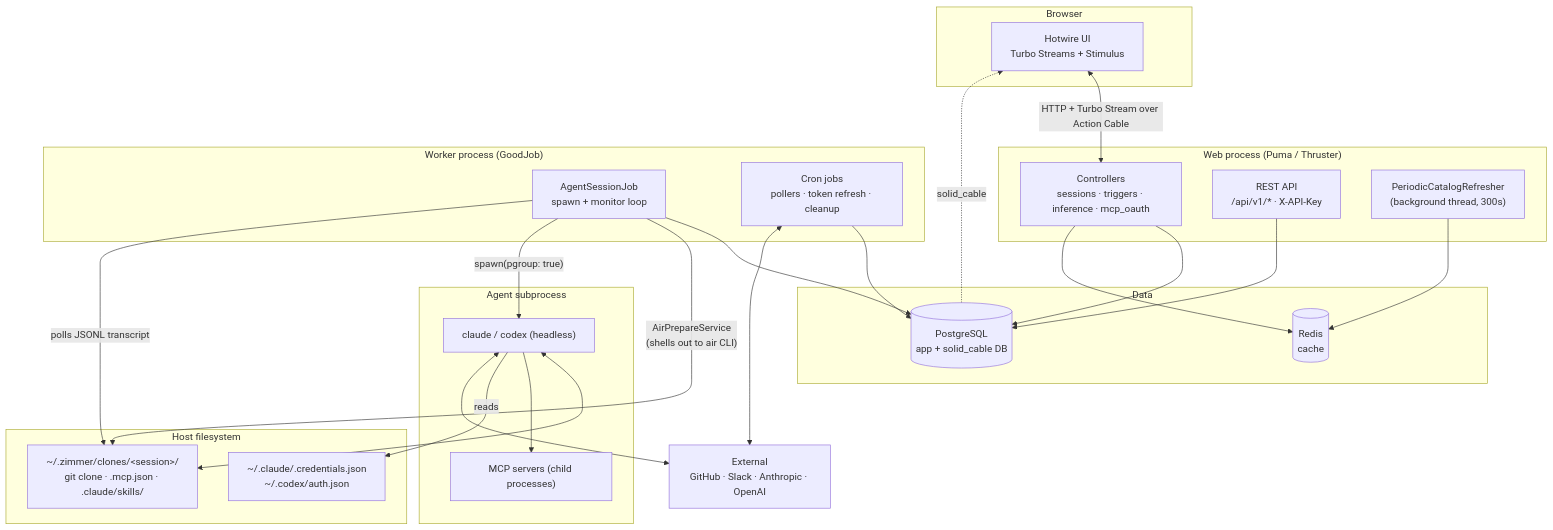
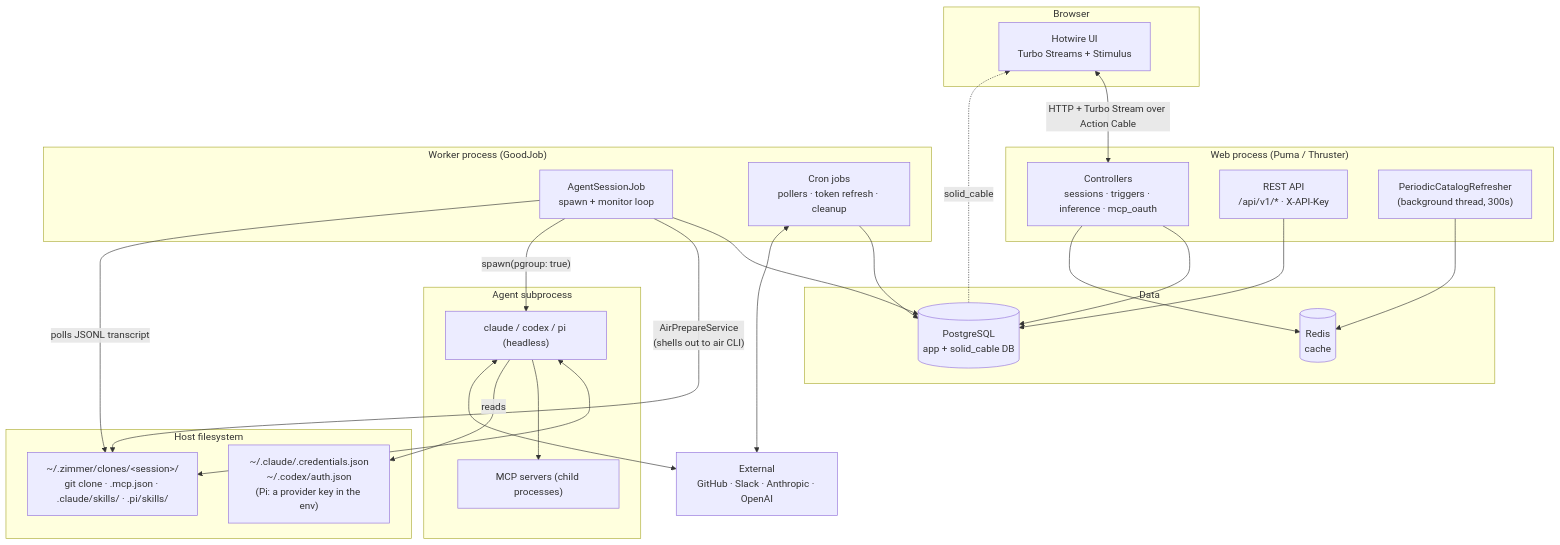
The first of 2 diagrams in docs/src/content/docs/intro/architecture.md (tadasant/zimmer), drawn with Mermaid before and after one commit. The commit also changed other lines of this file and 23 other files, not shown here.

````diff
--- a/docs/src/content/docs/intro/architecture.md
+++ b/docs/src/content/docs/intro/architecture.md
@@ -13,51 +13,51 @@
 ```mermaid
 flowchart TB
     subgraph browser["Browser"]
         UI["Hotwire UI<br/>Turbo Streams + Stimulus"]
     end
 
     subgraph web["Web process (Puma / Thruster)"]
         RC["Controllers<br/>sessions · triggers · inference · mcp_oauth"]
         API["REST API<br/>/api/v1/* · X-API-Key"]
         PCR["PeriodicCatalogRefresher<br/>(background thread, 300s)"]
     end
 
     subgraph worker["Worker process (GoodJob)"]
         ASJ["AgentSessionJob<br/>spawn + monitor loop"]
         CRON["Cron jobs<br/>pollers · token refresh · cleanup"]
     end
 
     subgraph data["Data"]
         PG[("PostgreSQL<br/>app + solid_cable DB")]
         RD[("Redis<br/>cache")]
     end
 
     subgraph host["Host filesystem"]
-        CLONE["~/.zimmer/clones/&lt;session&gt;/<br/>git clone · .mcp.json · .claude/skills/"]
-        CRED["~/.claude/.credentials.json<br/>~/.codex/auth.json"]
+        CLONE["~/.zimmer/clones/&lt;session&gt;/<br/>git clone · .mcp.json · .claude/skills/ · .pi/skills/"]
+        CRED["~/.claude/.credentials.json<br/>~/.codex/auth.json<br/>(Pi: a provider key in the env)"]
     end
 
     subgraph proc["Agent subprocess"]
-        CLI["claude / codex (headless)"]
+        CLI["claude / codex / pi (headless)"]
         MCP["MCP servers (child processes)"]
     end
 
     EXT["External<br/>GitHub · Slack · Anthropic · OpenAI"]
 
     UI <-->|"HTTP + Turbo Stream over Action Cable"| RC
     RC --> PG
     API --> PG
     PG -.->|"solid_cable"| UI
     RC --> RD
     ASJ --> PG
     CRON --> PG
     ASJ -->|"AirPrepareService<br/>(shells out to air CLI)"| CLONE
     ASJ -->|"spawn(pgroup: true)"| CLI
     CLI <--> CLONE
     CLI --> MCP
     CLI -->|"reads"| CRED
     ASJ -->|"polls JSONL transcript"| CLONE
     CLI <--> EXT
     CRON <--> EXT
     PCR --> RD
 ```
````
